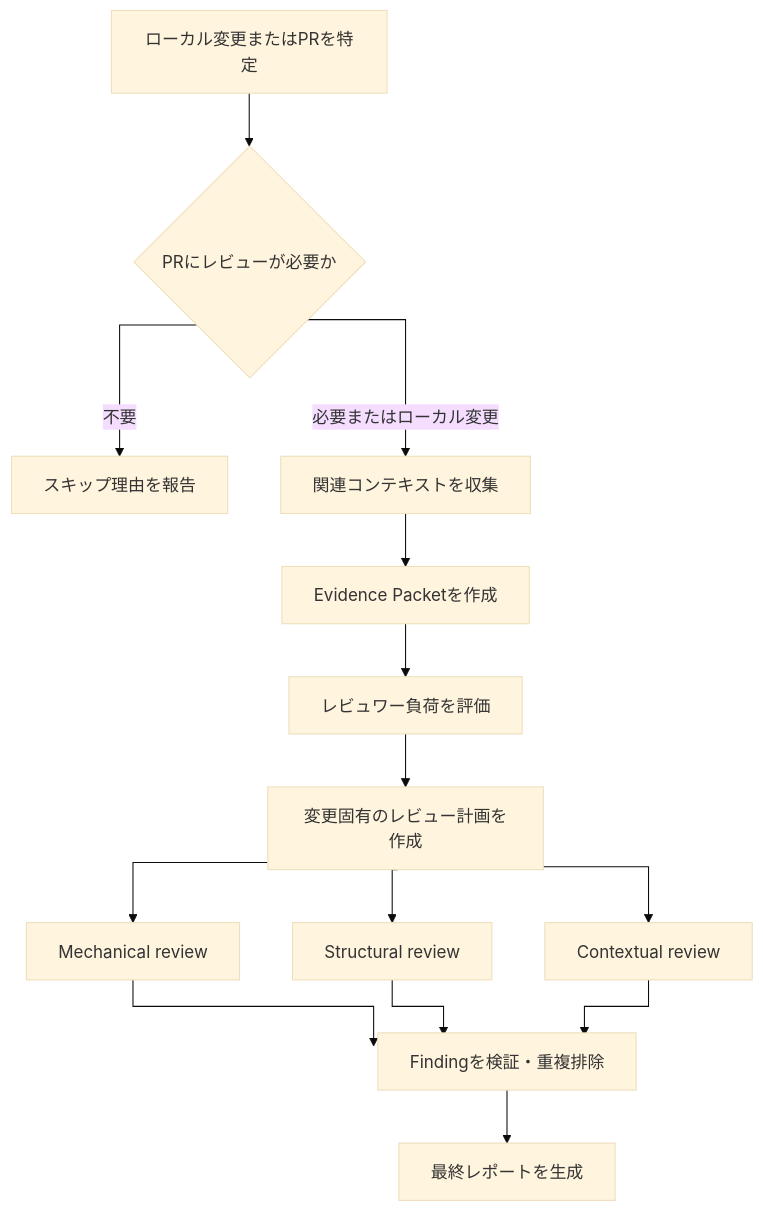
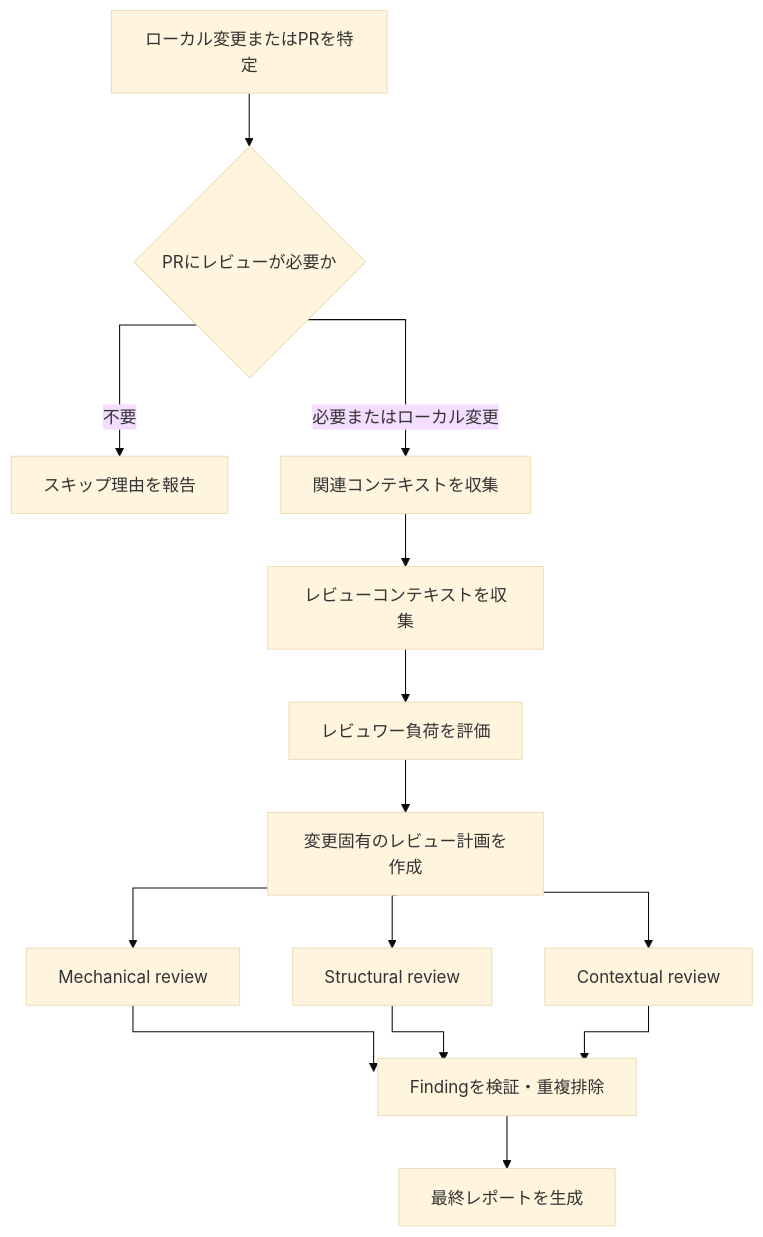
The diagram in README.ja.md (takuto-san/review), drawn with Mermaid (base theme) before and after one commit. The commit also changed other lines of this file and 7 other files, not shown here.

````diff
--- a/README.ja.md
+++ b/README.ja.md
@@ -71,17 +71,17 @@
 ```mermaid
 %%{init: {"flowchart": {"curve": "stepAfter"}}}%%
 flowchart TD
     A[ローカル変更またはPRを特定] --> B{PRにレビューが必要か}
     B -->|不要| X[スキップ理由を報告]
     B -->|必要またはローカル変更| C[関連コンテキストを収集]
-    C --> D[Evidence Packetを作成]
+    C --> D[レビューコンテキストを収集]
     D --> E[レビュワー負荷を評価]
     E --> F[変更固有のレビュー計画を作成]
     F --> G1[Mechanical review]
     F --> G2[Structural review]
     F --> G3[Contextual review]
     G1 --> H[Findingを検証・重複排除]
     G2 --> H
     G3 --> H
     H --> I[最終レポートを生成]
 ```
````
